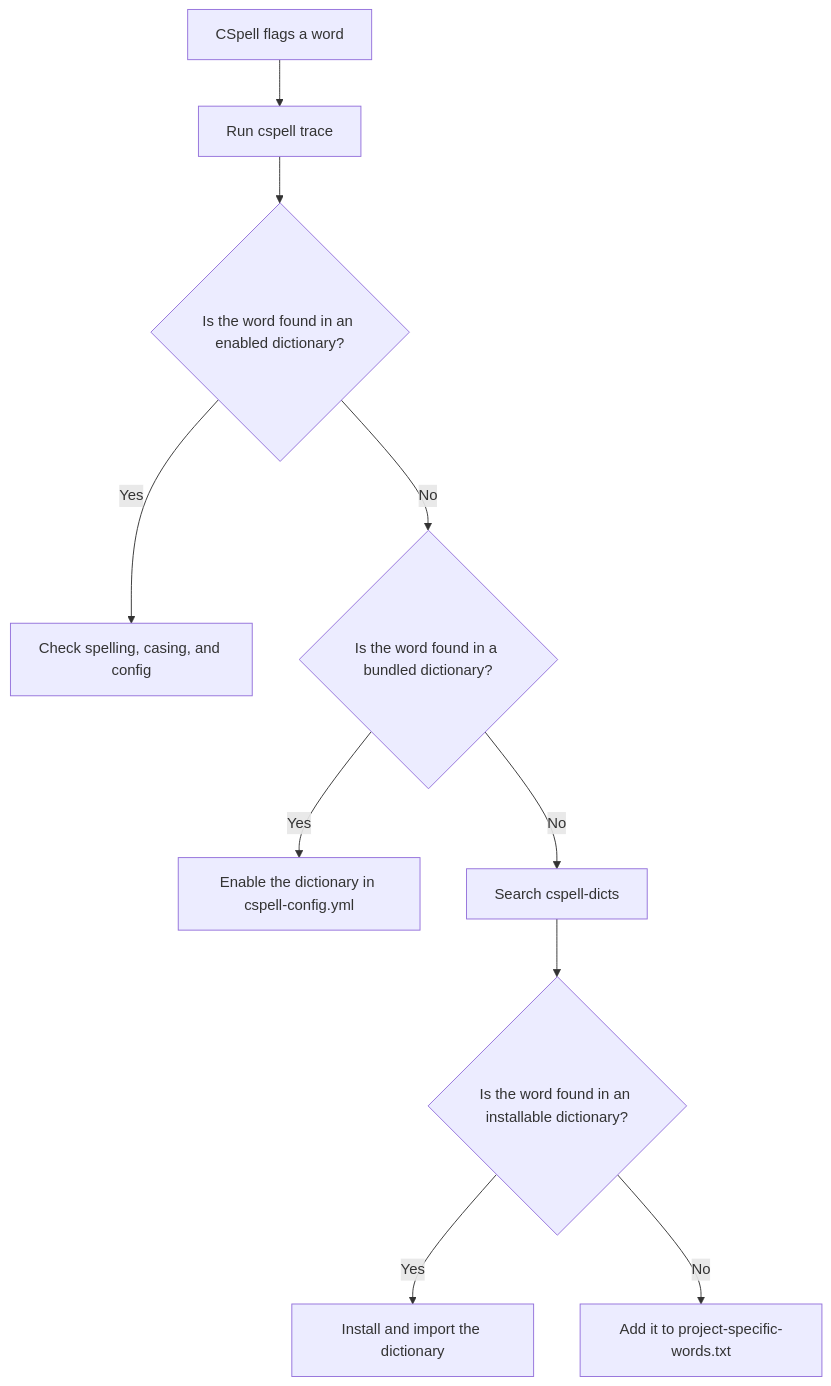
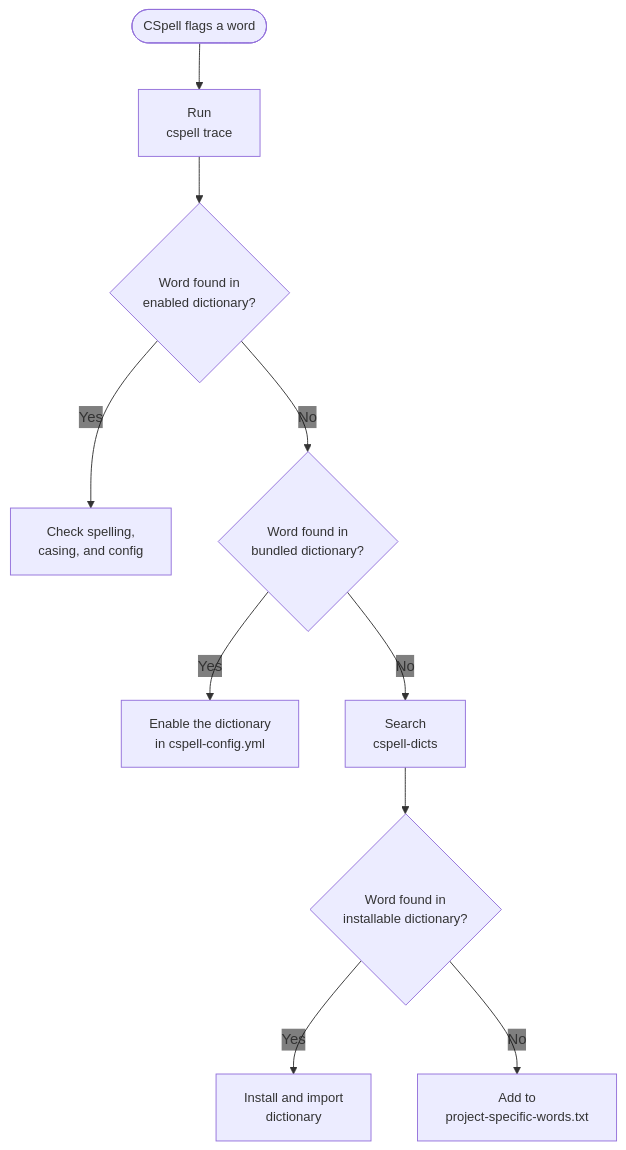
The diagram in .config/cspell/README.md (ScilifelabDataCentre/data-centre-template), drawn with Mermaid before and after one commit.

Commit message:
try transparent

````diff
--- a/.config/cspell/README.md
+++ b/.config/cspell/README.md
@@ -75,12 +75,23 @@
 ```mermaid
+---
+config:
+  themeVariables:
+    edgeLabelBackground: transparent
+---
 flowchart TD
-    A[CSpell flags a word] --> B[Run cspell trace]
-    B --> C{Is the word found in an enabled dictionary?}
-    C -->|Yes| D[Check spelling, casing, and config]
-    C -->|No| E{Is the word found in a bundled dictionary?}
-    E -->|Yes| F[Enable the dictionary in cspell-config.yml]
-    E -->|No| G[Search cspell-dicts]
-    G --> H{Is the word found in an installable dictionary?}
-    H -->|Yes| I[Install and import the dictionary]
-    H -->|No| J[Add it to project-specific-words.txt]
+    A([CSpell flags a word]) --> B[Run </br> cspell trace]
+    B --> C{Word found in </br> enabled dictionary?}
+
+    C -->|Yes| D[Check spelling, </br> casing, and config]
+    C -->|No| E{Word found in </br> bundled dictionary?}
+
+    E -->|Yes| F[Enable the dictionary </br> in cspell-config.yml]
+    E -->|No| G[Search </br> cspell-dicts]
+
+    G --> H{Word found in </br> installable dictionary?}
+    H -->|Yes| I[Install and import </br> dictionary]
+    H -->|No| J[Add to </br> project-specific-words.txt]
+
+    classDef compact font-size:14px;
+    class A,B,C,D,E,F,G,H,I,J compact;
 ```
````
